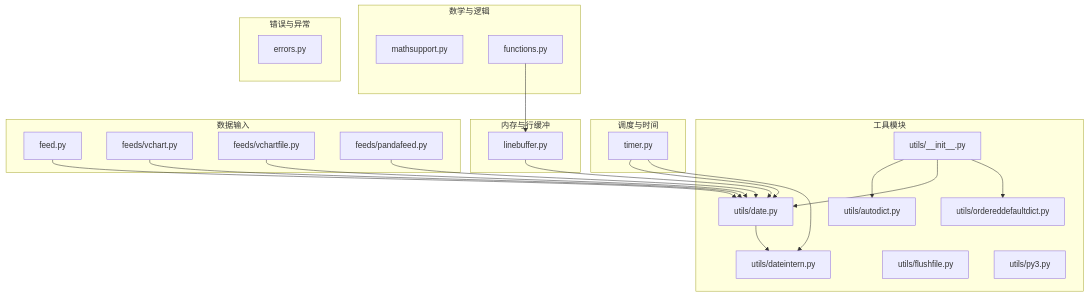
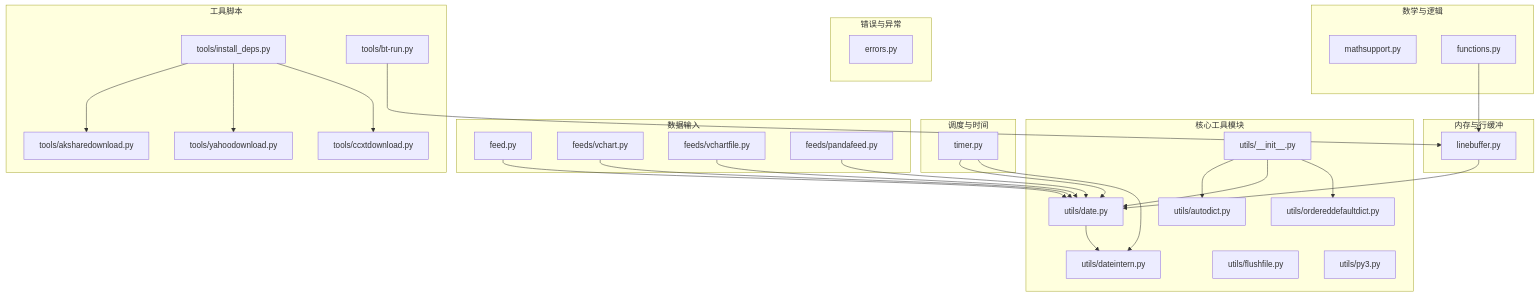
One commit to bench-prog/backtrader changed the first of 12 diagrams in .qoder/repowiki/zh/content/工具函数与实用程序/工具函数与实用程序.md. Above: the diagram before and after it, drawn with Mermaid. The commit also changed other lines of this file and 1 other file, not shown here.

````diff
--- a/.qoder/repowiki/zh/content/工具函数与实用程序/工具函数与实用程序.md
+++ b/.qoder/repowiki/zh/content/工具函数与实用程序/工具函数与实用程序.md
@@ -51,43 +66,54 @@
 ```mermaid
 graph TB
-subgraph "工具模块"
+subgraph "核心工具模块"
 U1["utils/__init__.py"]
 U2["utils/autodict.py"]
 U3["utils/date.py"]
 U4["utils/dateintern.py"]
 U5["utils/ordereddefaultdict.py"]
 U6["utils/flushfile.py"]
 U7["utils/py3.py"]
 end
 subgraph "数学与逻辑"
 M1["mathsupport.py"]
 M2["functions.py"]
 end
 subgraph "调度与时间"
 T1["timer.py"]
 end
 subgraph "错误与异常"
 E1["errors.py"]
 end
 subgraph "内存与行缓冲"
 L1["linebuffer.py"]
 end
 subgraph "数据输入"
 F1["feed.py"]
 F2["feeds/vchart.py"]
 F3["feeds/vchartfile.py"]
 F4["feeds/pandafeed.py"]
 end
+subgraph "工具脚本"
+TD1["tools/install_deps.py"]
+TD2["tools/aksharedownload.py"]
+TD3["tools/yahoodownload.py"]
+TD4["tools/ccxtdownload.py"]
+TD5["tools/bt-run.py"]
+end
 U1 --> U2
 U1 --> U3
 U1 --> U5
 U3 --> U4
 M2 --> L1
 T1 --> U3
 T1 --> U4
 F1 --> U3
 F2 --> U3
 F3 --> U3
 F4 --> U3
 L1 --> U3
+TD1 --> TD2
+TD1 --> TD3
+TD1 --> TD4
+TD5 --> L1
 ```
````
